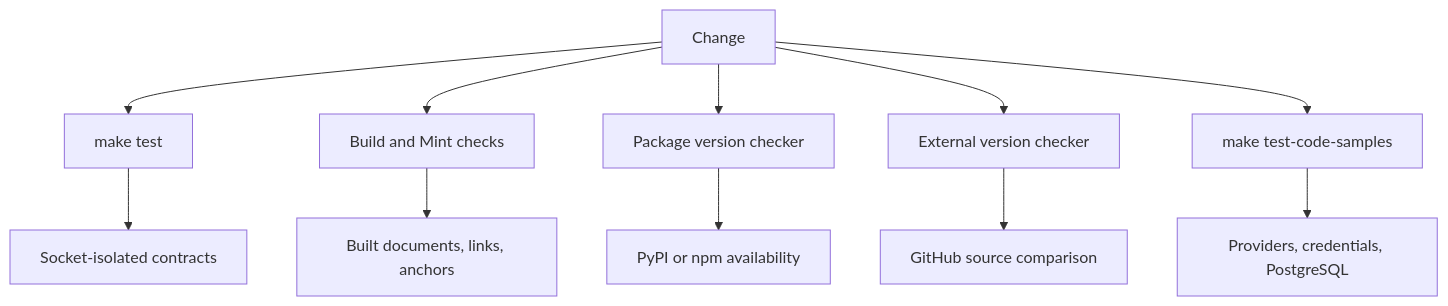
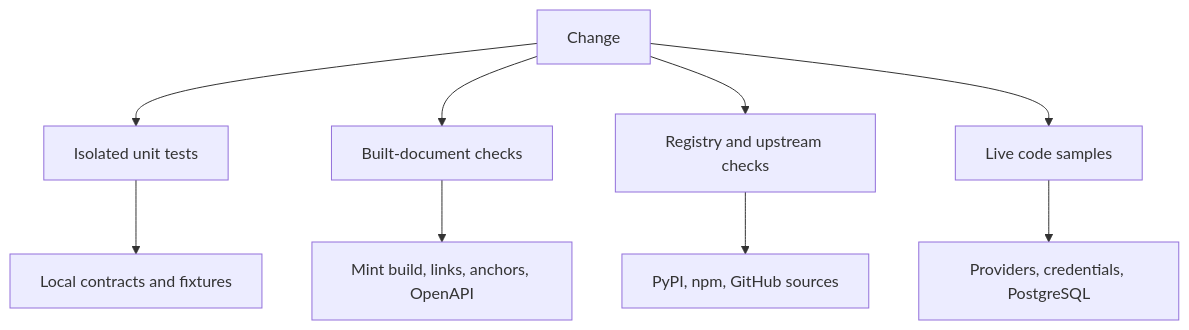
Before and after one commit to langchain-ai/docs: the first of 2 diagrams in openwiki/testing/test-overview.md, drawn with Mermaid. The commit also changed other lines of this file and 32 other files, not shown here.

````diff
--- a/openwiki/testing/test-overview.md
+++ b/openwiki/testing/test-overview.md
@@ -84,13 +93,11 @@
 ```mermaid
 flowchart TD
-  Change["Change"] --> Unit["make test"]
-  Unit --> Offline["Socket-isolated contracts"]
-  Change --> Build["Build and Mint checks"]
-  Build --> Rendered["Built documents, links, anchors"]
-  Change --> Registry["Package version checker"]
-  Registry --> Published["PyPI or npm availability"]
-  Change --> Upstream["External version checker"]
-  Upstream --> Mirror["GitHub source comparison"]
-  Change --> Samples["make test-code-samples"]
-  Samples --> Live["Providers, credentials, PostgreSQL"]
+  Change["Change"] --> Unit["Isolated unit tests"]
+  Unit --> Contracts["Local contracts and fixtures"]
+  Change --> Build["Built-document checks"]
+  Build --> Rendered["Mint build, links, anchors, OpenAPI"]
+  Change --> Registry["Registry and upstream checks"]
+  Registry --> Remote["PyPI, npm, GitHub sources"]
+  Change --> Live["Live code samples"]
+  Live --> Services["Providers, credentials, PostgreSQL"]
 ```
````
